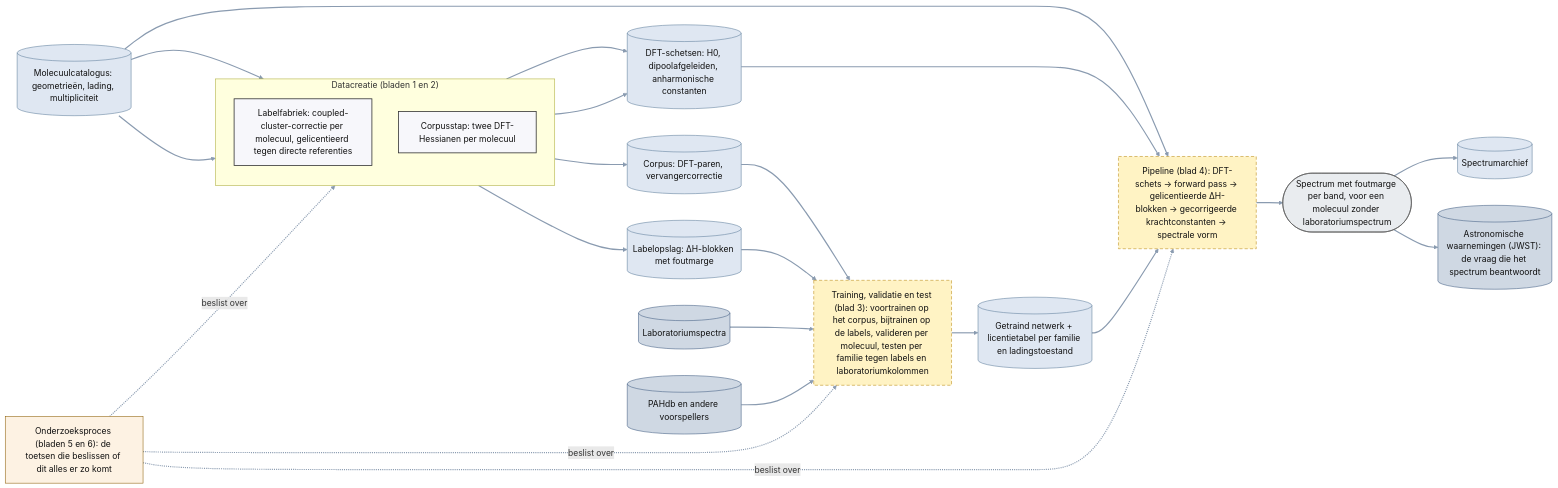
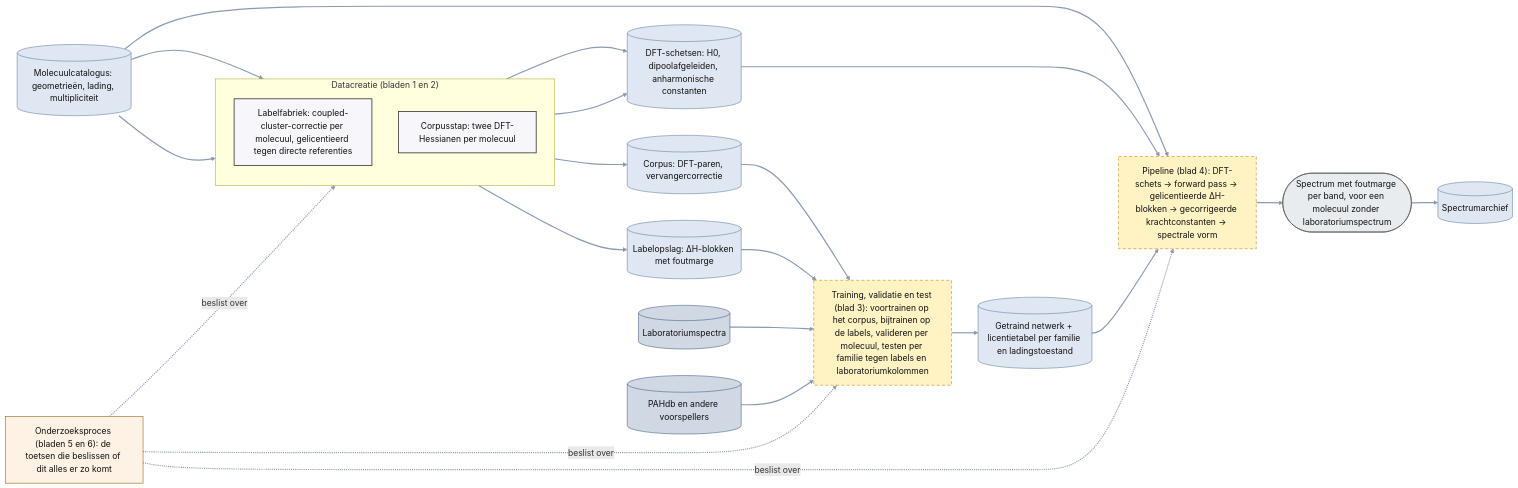
The diagram in plans/05_delta-probed-ir-pipeline/GoalGathering/architecture/00_overzicht.mmd (thebreadishard/udacity-capstone-plan), drawn with Mermaid before and after one commit. The commit also changed 1 other file, not shown here.

Commit message:
Plan 05 architecture, overview: the JWST node removed as well

```diff
--- a/plans/05_delta-probed-ir-pipeline/GoalGathering/architecture/00_overzicht.mmd
+++ b/plans/05_delta-probed-ir-pipeline/GoalGathering/architecture/00_overzicht.mmd
@@ -1,51 +1,49 @@
 %% Overzicht plan 05 (niveau 1): vier soorten proces en de opslagen die ze verbinden. Stand 20 september 2026.
 %% Rechthoek = proces (hier: een heel blad); cilinder = opslag; ronde uiteinden = data-object; pijl = datastroom. Gestippeld = nog niet gebouwd.
 flowchart LR
   linkStyle default stroke:#8a9bb0,stroke-width:2.2px
   classDef planned stroke-dasharray: 6 4,stroke:#b8860b,fill:#fff3c4,color:#111
   classDef ext fill:#cfd8e3,stroke:#3d5a80,color:#111
   classDef data fill:#e9ecef,stroke:#555,color:#111
   classDef store fill:#dfe7f2,stroke:#5b7a99,color:#111
   classDef proc fill:#f7f7fb,stroke:#333,stroke-width:1.5px,color:#111
   classDef research fill:#fdf2e3,stroke:#8a5a00,color:#111
 
   CAT[("Molecuulcatalogus: geometrieën, lading, multipliciteit")]:::store
 
   subgraph DC["Datacreatie (bladen 1 en 2)"]
     direction TB
     LABF["Labelfabriek: coupled-cluster-correctie per molecuul, gelicentieerd tegen directe referenties"]:::proc
     CORPF["Corpusstap: twee DFT-Hessianen per molecuul"]:::proc
   end
   LABELS[("Labelopslag: ΔH-blokken met foutmarge")]:::store
   CORPUS[("Corpus: DFT-paren, vervangercorrectie")]:::store
   SKETCHES[("DFT-schetsen: H0, dipoolafgeleiden, anharmonische constanten")]:::store
 
   TRAIN["Training, validatie en test (blad 3): voortrainen op het corpus, bijtrainen op de labels, valideren per molecuul, testen per familie tegen labels en laboratoriumkolommen"]:::planned
   MODEL[("Getraind netwerk + licentietabel per familie en ladingstoestand")]:::store
   LABDB[("Laboratoriumspectra")]:::ext
   PAHDB[("PAHdb en andere voorspellers")]:::ext
 
   PIPE["Pipeline (blad 4): DFT-schets → forward pass → gelicentieerde ΔH-blokken → gecorrigeerde krachtconstanten → spectrale vorm"]:::planned
   SPEC(["Spectrum met foutmarge per band, voor een molecuul zonder laboratoriumspectrum"]):::data
   SPECS[("Spectrumarchief")]:::store
-  JWST[("Astronomische waarnemingen (JWST): de vraag die het spectrum beantwoordt")]:::ext
 
   RES["Onderzoeksproces (bladen 5 en 6): de toetsen die beslissen of dit alles er zo komt"]:::research
 
   CAT --> LABF --> LABELS
   CAT --> CORPF --> CORPUS
   CORPF --> SKETCHES
   LABF --> SKETCHES
   CORPUS --> TRAIN
   LABELS --> TRAIN
   LABDB --> TRAIN
   PAHDB --> TRAIN
   TRAIN --> MODEL
   CAT --> PIPE
   SKETCHES --> PIPE
   MODEL --> PIPE
   PIPE --> SPEC --> SPECS
-  SPEC --> JWST
   RES -. beslist over .-> DC
   RES -. beslist over .-> TRAIN
   RES -. beslist over .-> PIPE
```
